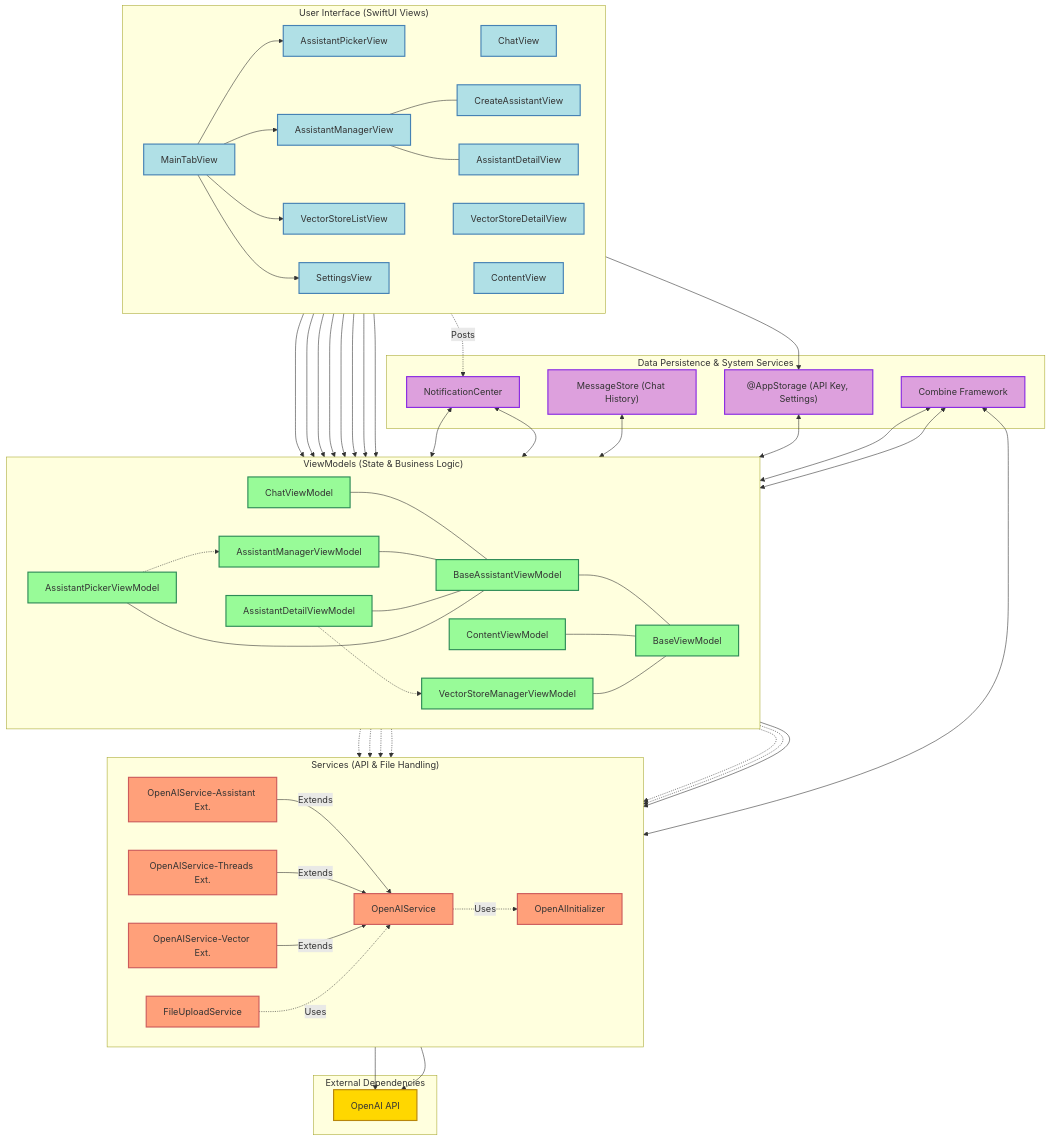
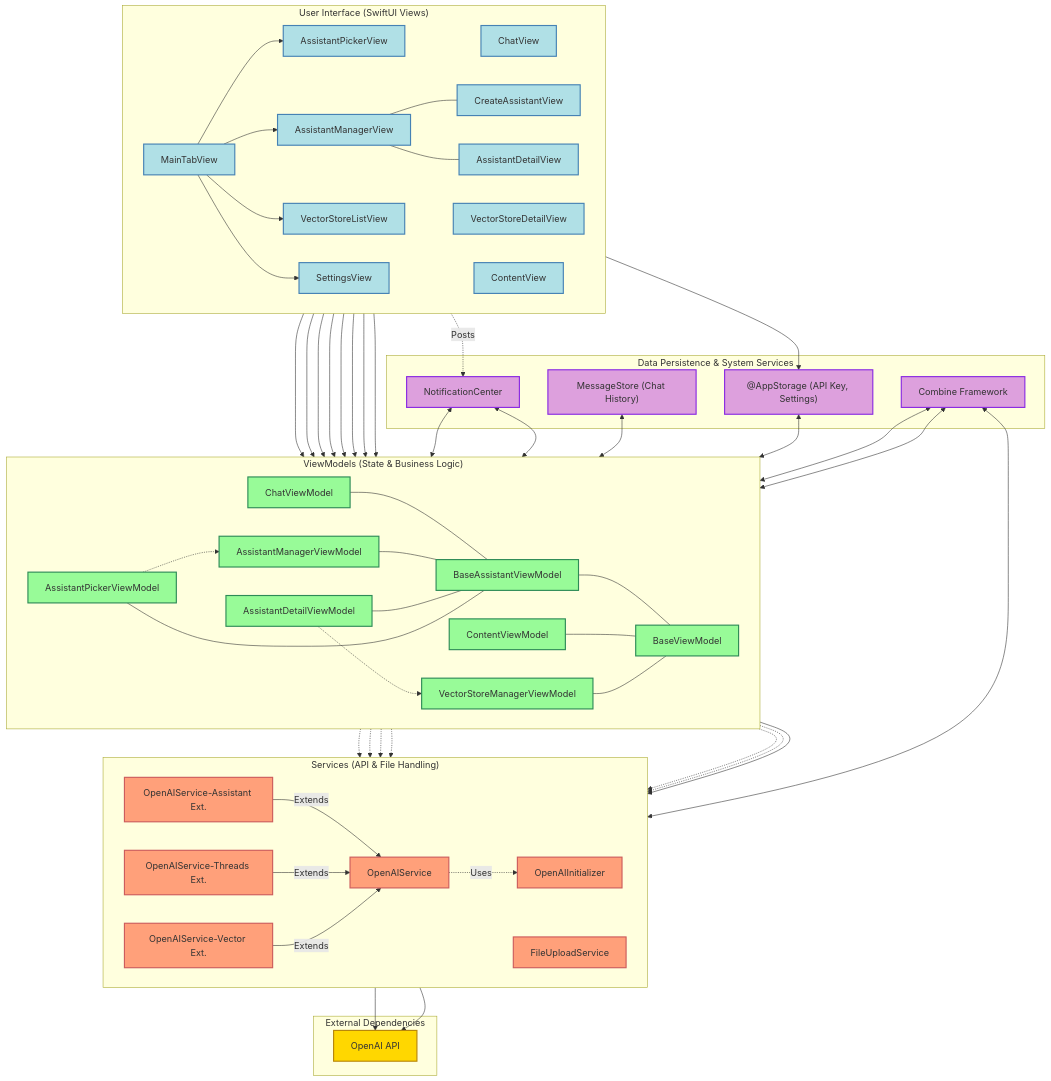
One commit to Gunnarguy/OpenAssistant changed the diagram in README.md. Above: the diagram before and after it, drawn with Mermaid. The commit also changed other lines of this file, not shown here.

```diff
--- a/README.md
+++ b/README.md
@@ -140,7 +123,7 @@
         S_OpenAI_AsstExt[OpenAIService-Assistant Ext.] -- Extends --> S_OpenAI
         S_OpenAI_ThreadExt[OpenAIService-Threads Ext.] -- Extends --> S_OpenAI
         S_OpenAI_VecExt[OpenAIService-Vector Ext.] -- Extends --> S_OpenAI
-        S_FileUpload[FileUploadService] -. Uses .-> S_OpenAI
+        S_FileUpload[FileUploadService]
     end
 
     subgraph "Data Persistence & System Services"
```
